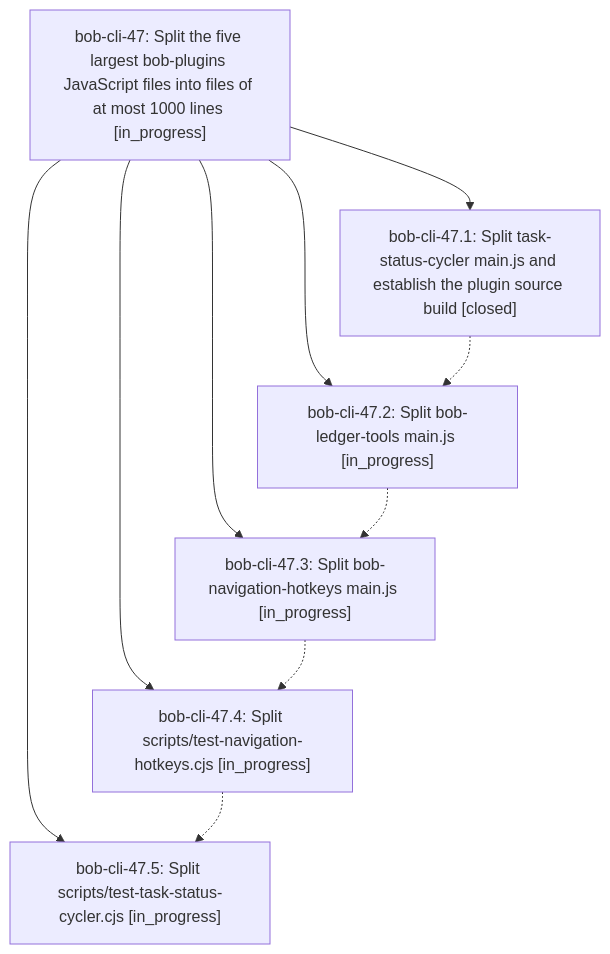
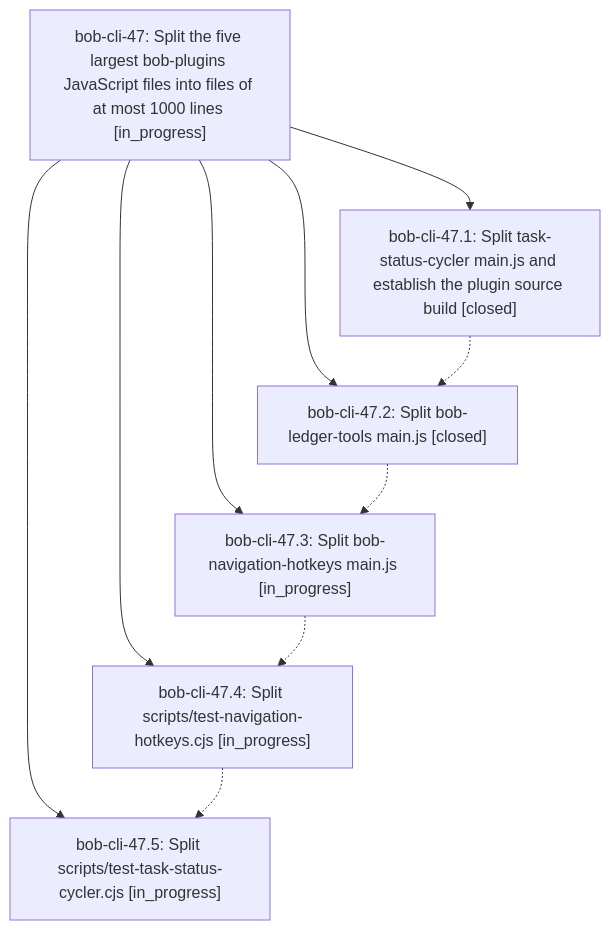
The diagram in pages/bob-cli-47/README.md (bobs-org/bob-cli--beads), drawn with Mermaid before and after one commit. The commit also changed other lines of this file and 3 other files, not shown here.

First line of the commit message:
chore(beads): sync bead state and pages for bob-cli-47

````diff
--- a/pages/bob-cli-47/README.md
+++ b/pages/bob-cli-47/README.md
@@ -26,18 +26,18 @@
 ```mermaid
 flowchart TD
     n0["bob-cli-47: Split the five largest bob-plugins JavaScript files into files of at most 1000 lines [in_progress]"]
     n1["bob-cli-47.1: Split task-status-cycler main.js and establish the plugin source build [closed]"]
-    n2["bob-cli-47.2: Split bob-ledger-tools main.js [in_progress]"]
+    n2["bob-cli-47.2: Split bob-ledger-tools main.js [closed]"]
     n3["bob-cli-47.3: Split bob-navigation-hotkeys main.js [in_progress]"]
     n4["bob-cli-47.4: Split scripts/test-navigation-hotkeys.cjs [in_progress]"]
     n5["bob-cli-47.5: Split scripts/test-task-status-cycler.cjs [in_progress]"]
     n0 --> n1
     n0 --> n2
     n0 --> n3
     n0 --> n4
     n0 --> n5
     n1 -.-> n2
     n2 -.-> n3
     n3 -.-> n4
     n4 -.-> n5
 ```
````
